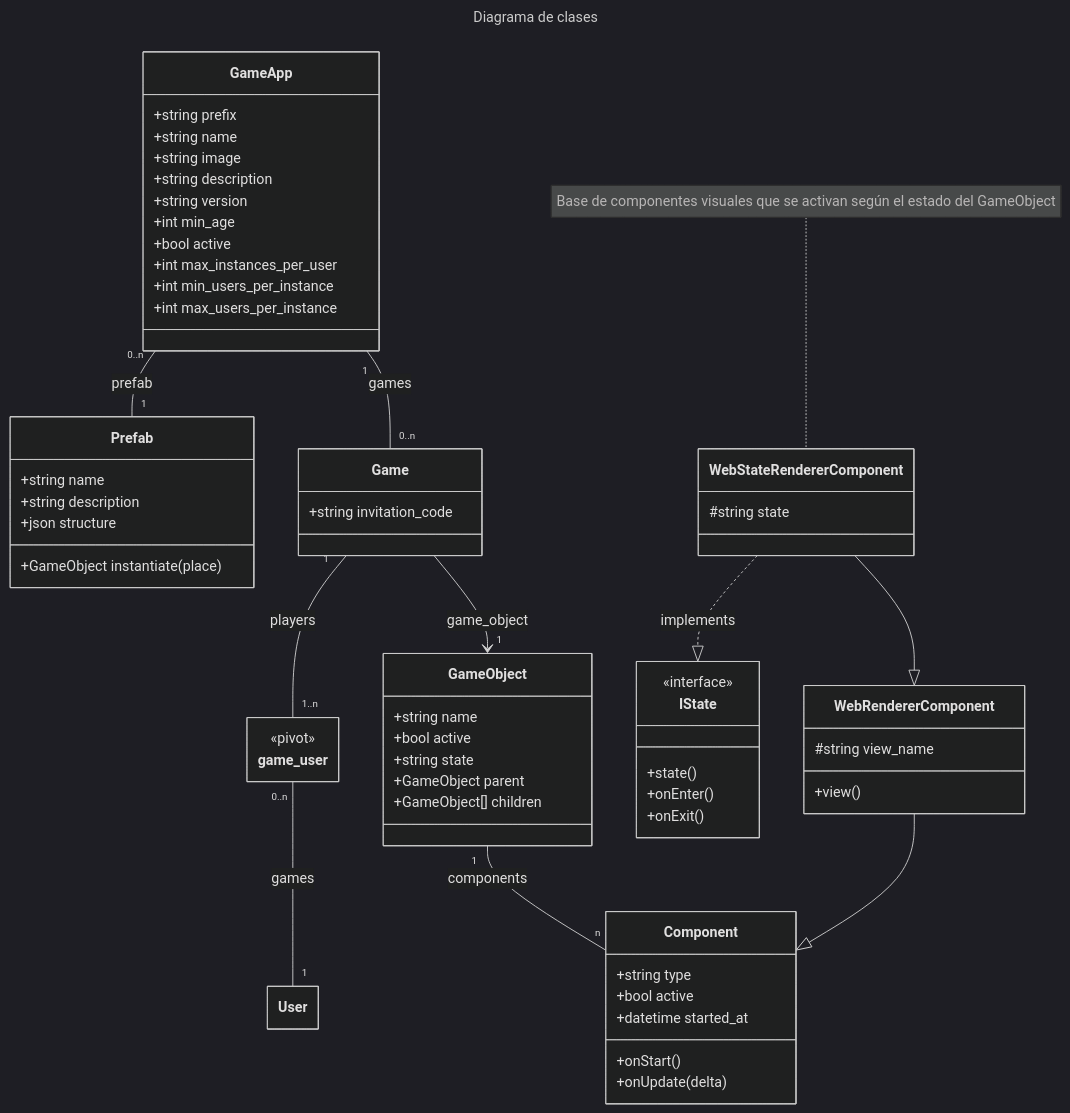
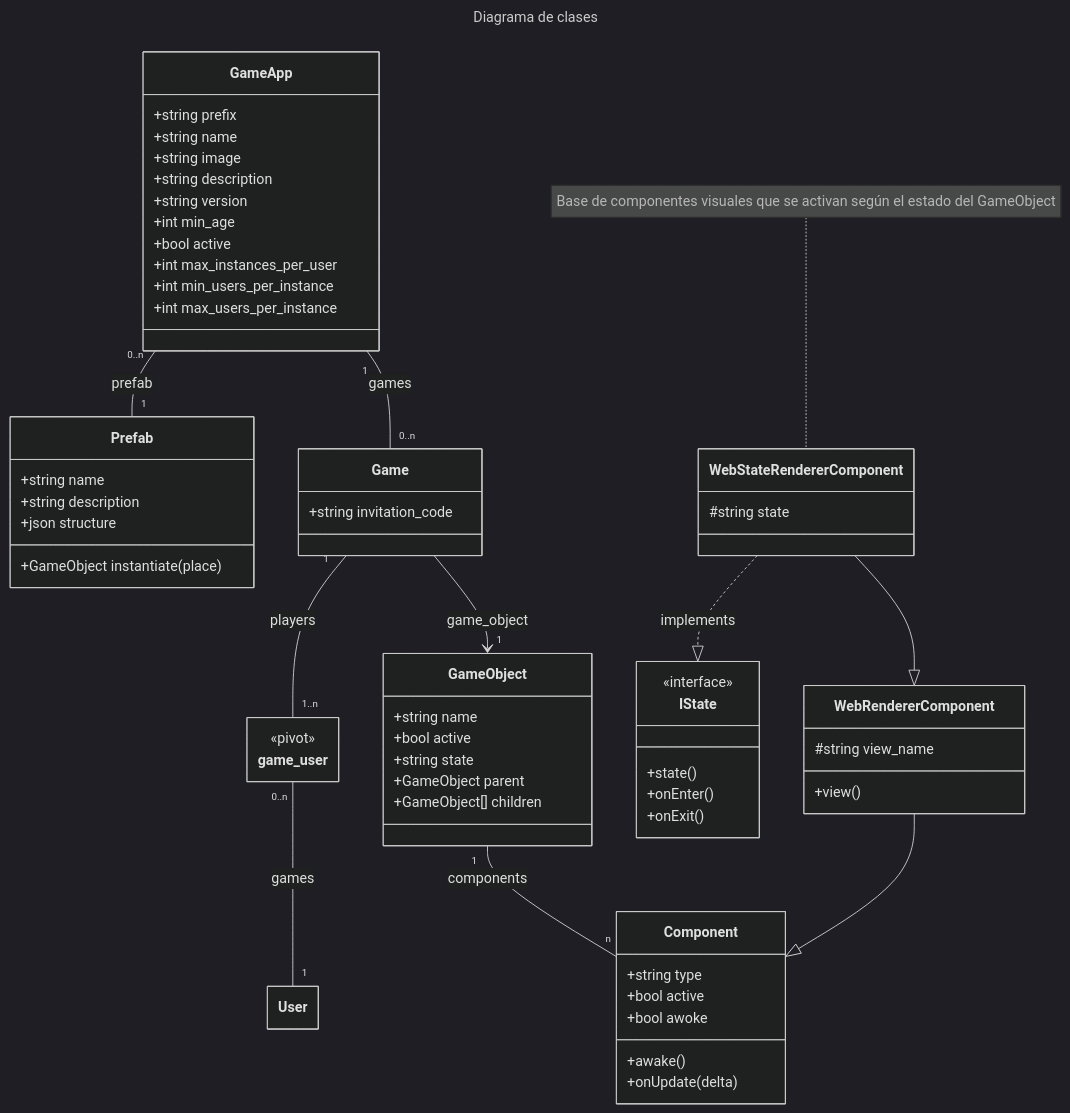
Before and after one commit to eormeno/base-project: the first of 2 diagrams in docs/class_diagrams.md, drawn with Mermaid (dark theme). The commit also changed other lines of this file, not shown here.

````diff
--- a/docs/class_diagrams.md
+++ b/docs/class_diagrams.md
@@ -1,73 +1,73 @@
 ```mermaid
 ---
 title: Diagrama de clases
 config:
     class:
         hideEmptyMembersBox: true
 ---
 classDiagram
     direction TD
     note for WebStateRendererComponent "Base de componentes visuales que se activan según el estado del GameObject"
     class User {
     }
     class GameApp {
         +string prefix
         +string name
         +string image
         +string description
         +string version
         +int min_age
         +bool active
         +int max_instances_per_user
         +int min_users_per_instance
         +int max_users_per_instance
     }
     class Game {
         +string invitation_code
     }
     class game_user {
         <<pivot>>
     }
     class Prefab {
         +string name
         +string description
         +json structure
         +GameObject instantiate(place)
     }
     class GameObject {
         +string name
         +bool active
         +string state
         +GameObject parent
         +GameObject[] children
     }
     class Component {
         +string type
         +bool active
-        +datetime started_at
-        +onStart()
+        +bool awoke
+        +awake()
         +onUpdate(delta)
     }
     class WebRendererComponent {
         #string view_name
         +view()
     }
     class WebStateRendererComponent {
         #string state
     }
     class IState {
         <<interface>>
         +state()
         +onEnter()
         +onExit()
     }
     Game --> "1" GameObject : game_object
     GameObject "1" -- "n" Component : components
     GameApp "1" -- "0..n" Game : games
     Game "1" -- "1..n" game_user : players
     GameApp "0..n" -- "1" Prefab : prefab
     game_user "0..n" -- "1" User : games
     WebRendererComponent --|> Component
     WebStateRendererComponent --|> WebRendererComponent
     WebStateRendererComponent ..|> IState : implements
 ```
````
